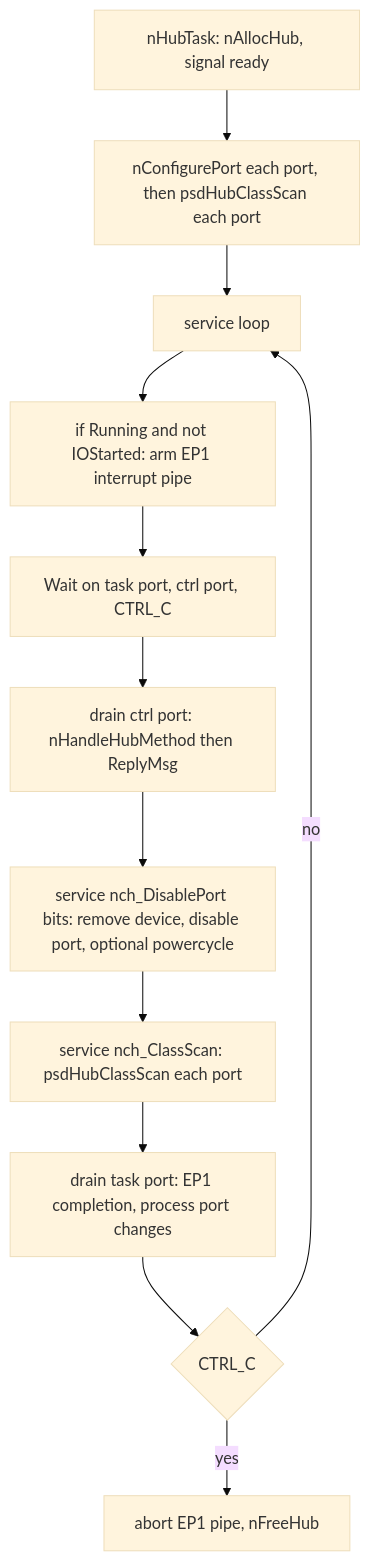
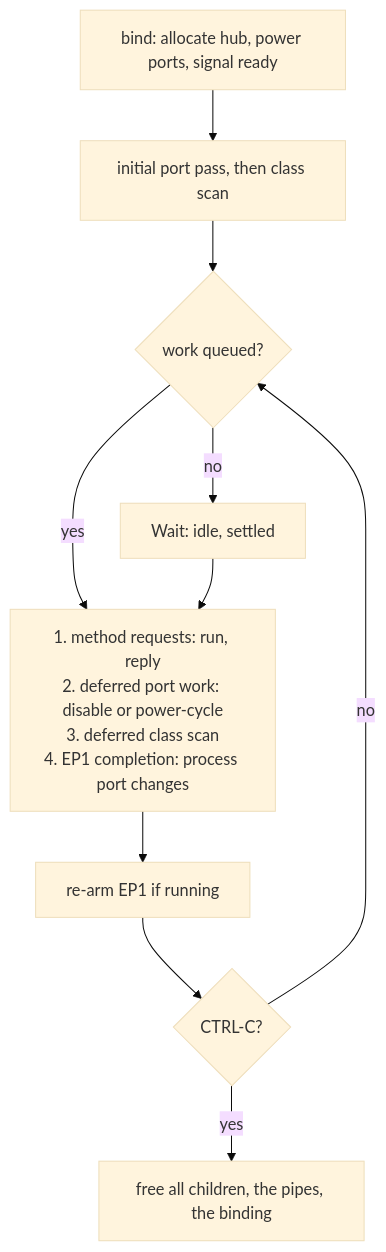
One commit to pcotter72/neptune-usb-stack changed the second of 5 diagrams in docs/hub.class-architecture.md. Above: the diagram before and after it, drawn with Mermaid (base theme). The commit also changed other lines of this file and 18 other files, not shown here.

````diff
--- a/docs/hub.class-architecture.md
+++ b/docs/hub.class-architecture.md
@@ -203,14 +92,12 @@
 ```mermaid
 flowchart TD
-    START["nHubTask: nAllocHub, signal ready"] --> INIT["nConfigurePort each port, then psdHubClassScan each port"]
-    INIT --> LOOP["service loop"]
-    LOOP --> ARM["if Running and not IOStarted: arm EP1 interrupt pipe"]
-    ARM --> WAIT["Wait on task port, ctrl port, CTRL_C"]
-    WAIT --> CTRL["drain ctrl port: nHandleHubMethod then ReplyMsg"]
-    CTRL --> DIS["service nch_DisablePort bits: remove device, disable port, optional powercycle"]
-    DIS --> SCAN["service nch_ClassScan: psdHubClassScan each port"]
-    SCAN --> EP1["drain task port: EP1 completion, process port changes"]
-    EP1 --> EXIT{CTRL_C}
-    EXIT -->|no| LOOP
-    EXIT -->|yes| FREE["abort EP1 pipe, nFreeHub"]
+    START["bind: allocate hub, power ports, signal ready"] --> PASS["initial port pass, then class scan"]
+    PASS --> LOOP{"work queued?"}
+    LOOP -->|"no"| WAIT["Wait: idle, settled"]
+    LOOP -->|"yes"| WORK
+    WAIT --> WORK["1. method requests: run, reply<br/>2. deferred port work: disable or power-cycle<br/>3. deferred class scan<br/>4. EP1 completion: process port changes"]
+    WORK --> ARM["re-arm EP1 if running"]
+    ARM --> STOP{"CTRL-C?"}
+    STOP -->|"no"| LOOP
+    STOP -->|"yes"| FREE["free all children, the pipes, the binding"]
 ```
````
